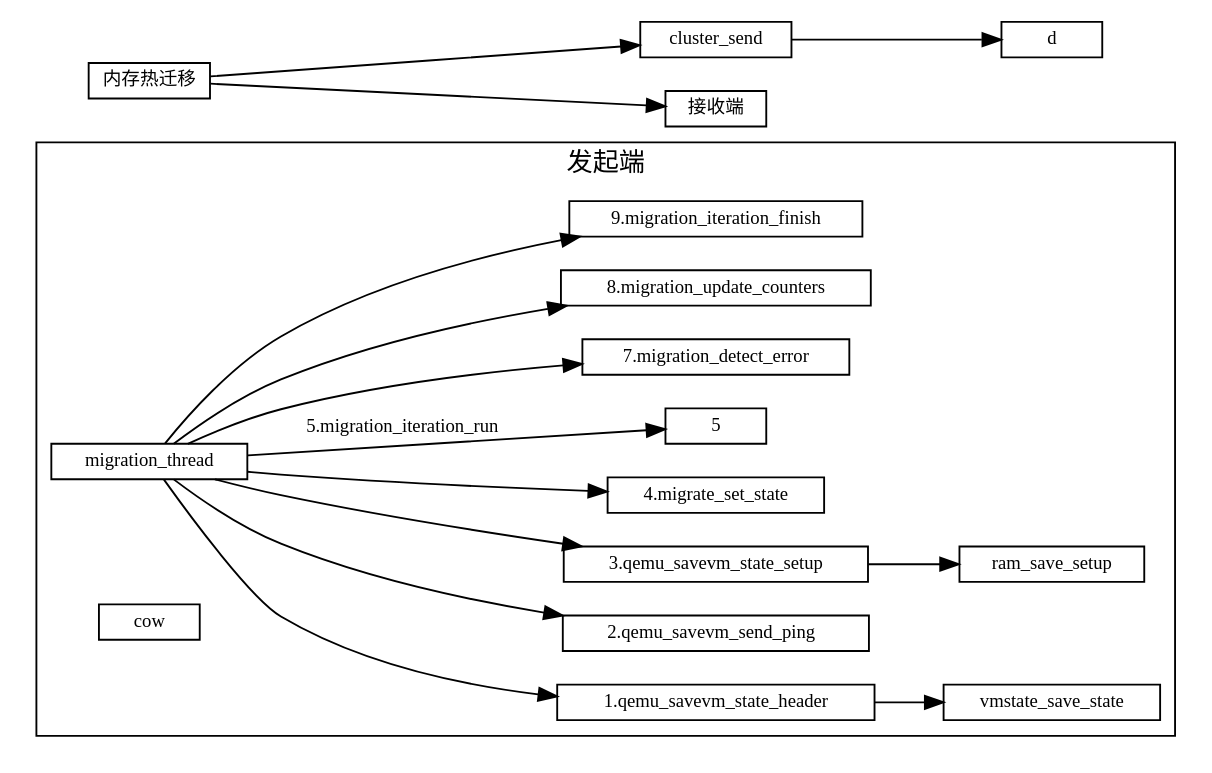
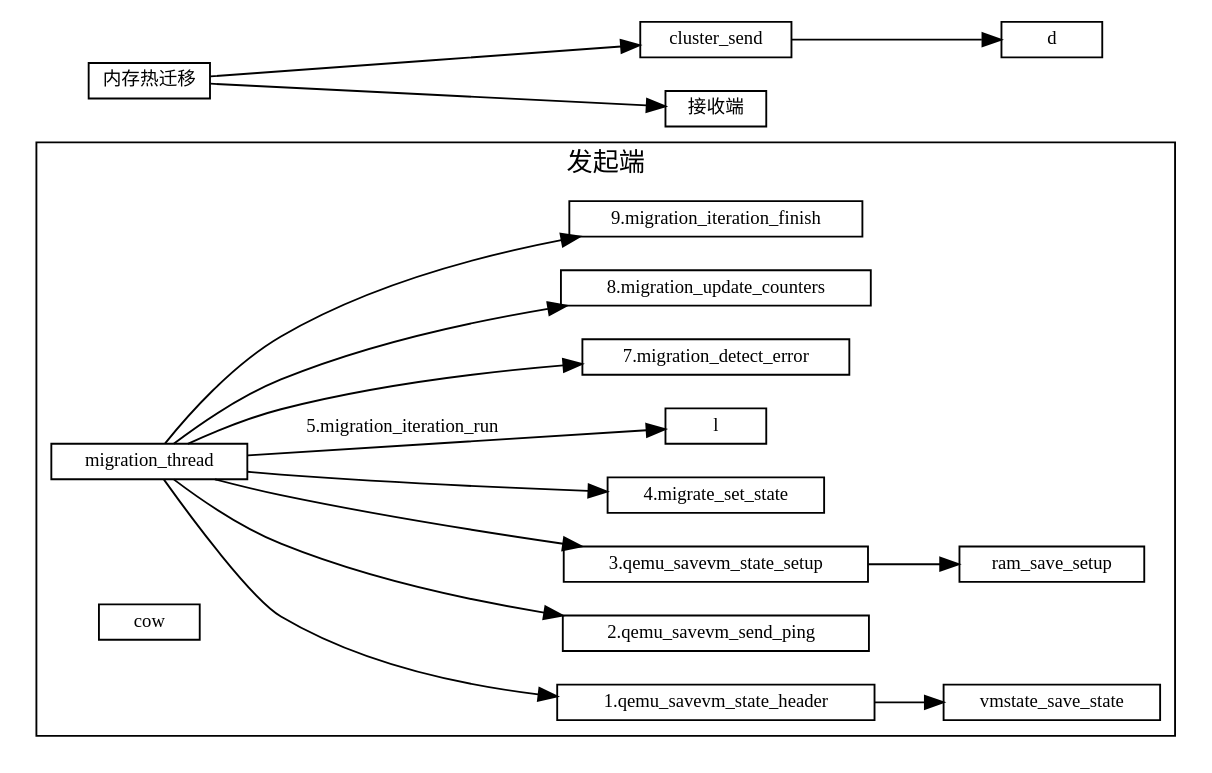
The diagram in 虚拟化/热迁移/1-内存热迁移.md (sisyphus1212/note), drawn with Graphviz before and after one commit.

Commit message:
auto_update

````diff
--- a/虚拟化/热迁移/1-内存热迁移.md
+++ b/虚拟化/热迁移/1-内存热迁移.md
@@ -11,35 +11,35 @@
 ```graphviz
 digraph {
 fontname="Helvetica,Arial,sans-serif"
 //node [fontname="Helvetica,Arial,sans-serif"]
 //edge [fontname="Helvetica,Arial,sans-serif"]
 rankdir="LR"
 node [fontsize=10, shape=box, height=0.25]
 edge [fontsize=10]
 
   subgraph send {
     cluster=true;
     label="发起端";
     migration_thread -> "1.qemu_savevm_state_header"
                      -> vmstate_save_state;
     migration_thread -> "2.qemu_savevm_send_ping  ";
     migration_thread -> "3.qemu_savevm_state_setup"
                      ->   ram_save_setup;
     migration_thread ->  "4.migrate_set_state";
-    migration_thread ->  5[label="5.migration_iteration_run"];
+    migration_thread ->  l[label="5.migration_iteration_run"];
                      //->  "qemu_savevm_state_pending";
                      //->   save_live_iterate;
     migration_thread ->  "7.migration_detect_error";
     migration_thread ->  "8.migration_update_counters";
     migration_thread ->  "9.migration_iteration_finish";
 
 cow[label="cow"];
   }
 
 内存热迁移 [label="内存热迁移"]
 内存热迁移 -> cluster_send
            -> d
 
 内存热迁移 -> 接收端
 }
 ```
````
